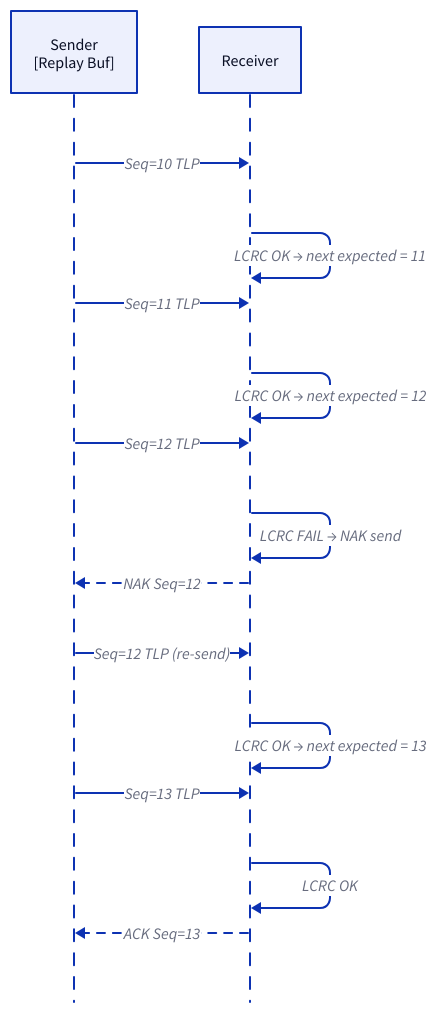
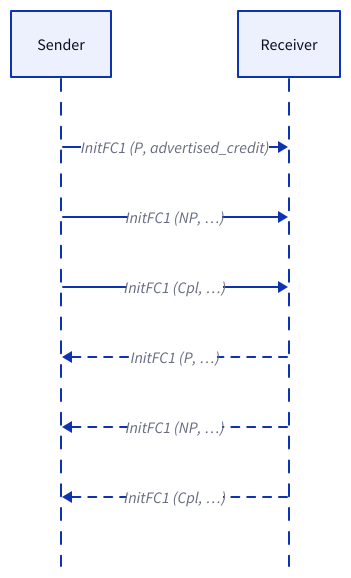
Before and after one commit to humbleowl39/DV_SKOOL: the third of 4 diagrams in topics/pcie/docs/04_dllp_flow_control.md, drawn with D2. The commit also changed 90 other files, not shown here.

First line of the commit message:
docs: 전 토픽 다이어그램 정비 — ASCII→D2, mermaid→D2, 과대 D2 가시성 수정

````diff
--- a/topics/pcie/docs/04_dllp_flow_control.md
+++ b/topics/pcie/docs/04_dllp_flow_control.md
@@ -257,22 +332,13 @@
 ```d2
 shape: sequence_diagram
 
-TX: "Sender\n[Replay Buf]"
-RX: "Receiver"
+S: "Sender"
+R: "Receiver"
 
-# Note over TX: NAK 수신 → Replay Buffer 에서 Seq=12 부터 재송신
-# Note over RX: ACK timer 만료 (또는 packet 누적)
-# Note over TX: ACK 수신 → Replay Buffer 에서 Seq ≤ 13 entry retire
-TX -> RX: "Seq=10 TLP"
-RX -> RX: "LCRC OK → next expected = 11"
-TX -> RX: "Seq=11 TLP"
-RX -> RX: "LCRC OK → next expected = 12"
-TX -> RX: "Seq=12 TLP"
-RX -> RX: "LCRC FAIL → NAK send"
-RX -> TX: "NAK Seq=12" { style.stroke-dash: 4 }
-TX -> RX: "Seq=12 TLP (re-send)"
-RX -> RX: "LCRC OK → next expected = 13"
-TX -> RX: "Seq=13 TLP"
-RX -> RX: "LCRC OK"
-RX -> TX: "ACK Seq=13" { style.stroke-dash: 4 }
+S -> R: "InitFC1 (P, advertised_credit)"
+S -> R: "InitFC1 (NP, …)"
+S -> R: "InitFC1 (Cpl, …)"
+R -> S: "InitFC1 (P, …)" { style.stroke-dash: 4 }
+R -> S: "InitFC1 (NP, …)" { style.stroke-dash: 4 }
+R -> S: "InitFC1 (Cpl, …)" { style.stroke-dash: 4 }
 ```
````
